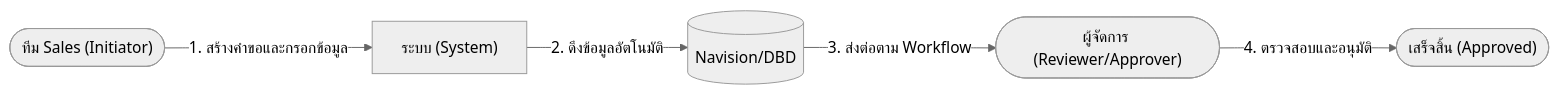
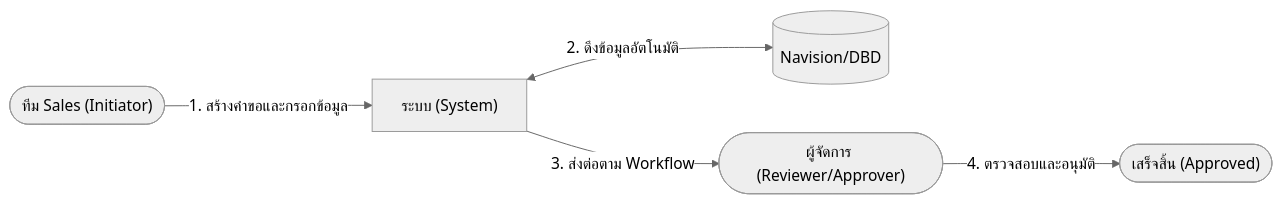
The second of 2 diagrams in docs/presentations/05_IT_Support_Handover_Slides.md (JinnawatJid/iNsightDocs), drawn with Mermaid (neutral theme) before and after one commit.

Commit message:
docs(presentations): fix logic in user journey diagram
Fixed a logical error in the Mermaid flowchart on Slide 5 where an external database was mistakenly shown as routing the workflow to a manager. The flowchart now correctly depicts the System establishing a two-way connection to the Database before routing the workflow forward.

````diff
--- a/docs/presentations/05_IT_Support_Handover_Slides.md
+++ b/docs/presentations/05_IT_Support_Handover_Slides.md
@@ -70,7 +70,7 @@
 ```mermaid
 flowchart LR
     Init(["ทีม Sales (Initiator)"]) -->|"1. สร้างคำขอและกรอกข้อมูล"| Sys["ระบบ (System)"]
-    Sys -->|"2. ดึงข้อมูลอัตโนมัติ"| Ext[("Navision/DBD")]
-    Ext -->|"3. ส่งต่อตาม Workflow"| Mgr(["ผู้จัดการ (Reviewer/Approver)"])
+    Sys <-->|"2. ดึงข้อมูลอัตโนมัติ"| Ext[("Navision/DBD")]
+    Sys -->|"3. ส่งต่อตาม Workflow"| Mgr(["ผู้จัดการ (Reviewer/Approver)"])
     Mgr -->|"4. ตรวจสอบและอนุมัติ"| Done(["เสร็จสิ้น (Approved)"])
 ```
````
